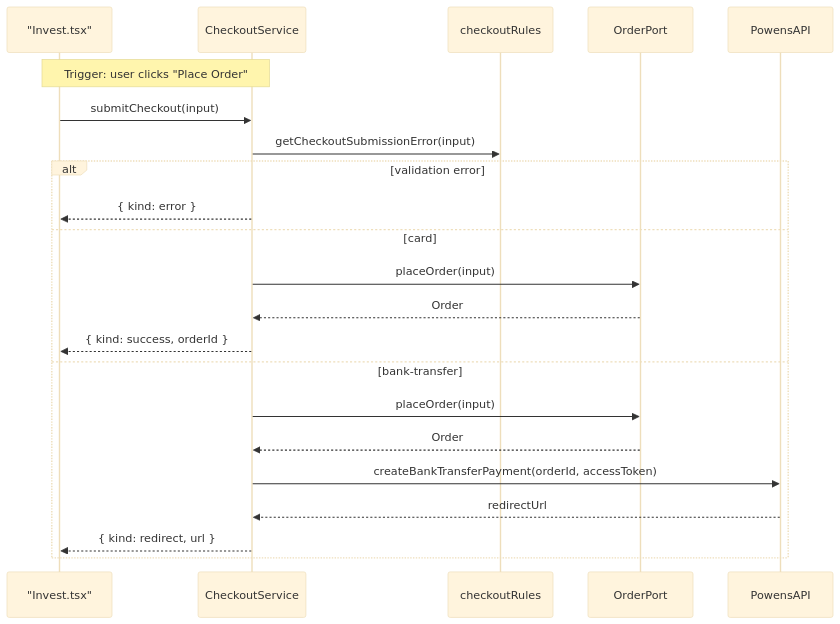
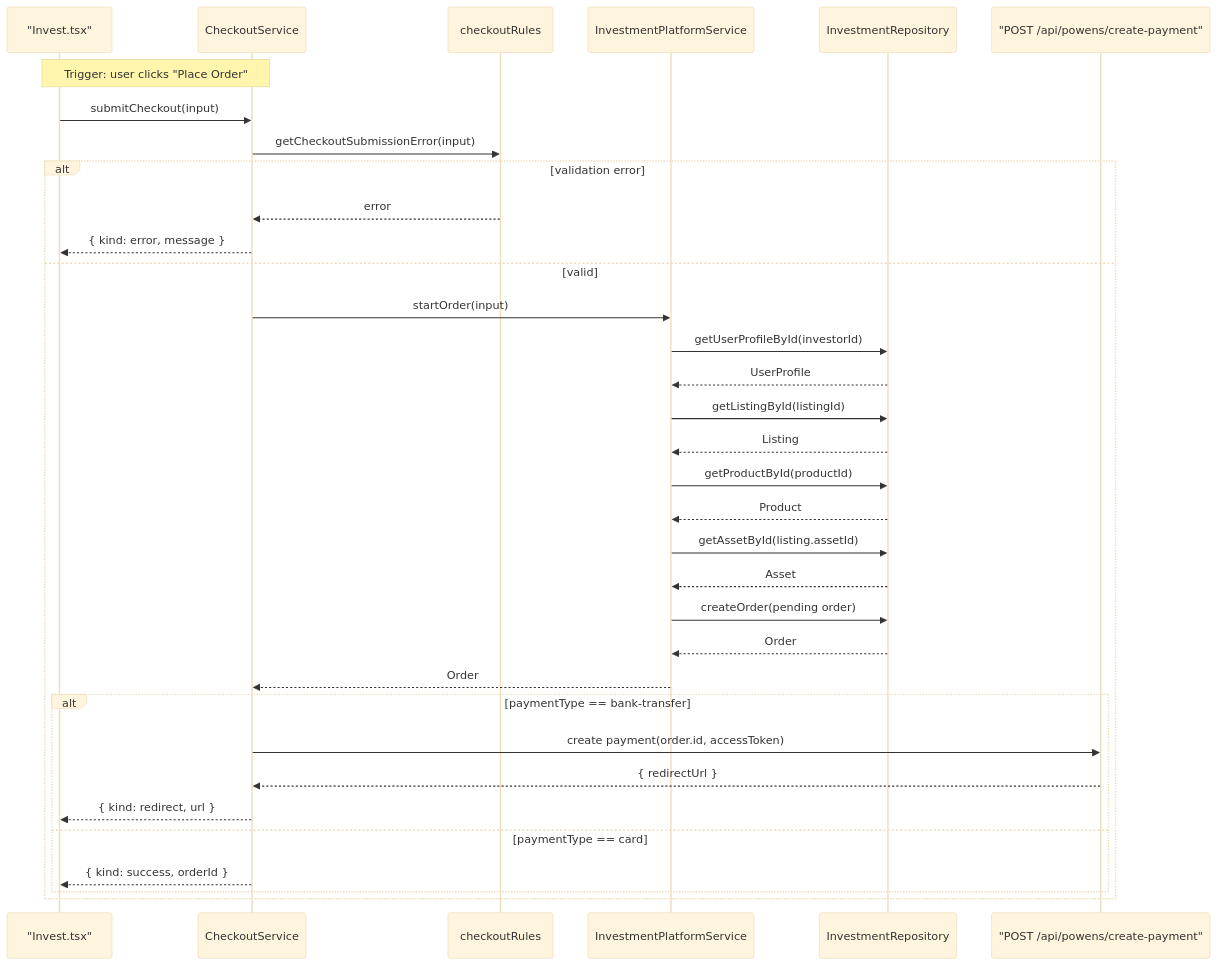
One commit to j4nos/cz changed the ninth of 31 diagrams in specs/13 - use cases sequence.md. Above: the diagram before and after it, drawn with Mermaid (base theme). The commit also changed other lines of this file and 5 other files, not shown here.

Commit message:
fix(flows): restore public listing reads and simplify checkout and minting

````diff
--- a/specs/13 - use cases sequence.md
+++ b/specs/13 - use cases sequence.md
@@ -141,25 +173,37 @@
 ```mermaid
 sequenceDiagram
   participant InvestPage as "Invest.tsx"
   participant CheckoutService
   participant checkoutRules
-  participant OrderPort
-  participant PowensAPI
+  participant InvestmentPlatformService
+  participant InvestmentRepository
+  participant PowensAPI as "POST /api/powens/create-payment"
 
   Note over InvestPage,CheckoutService: Trigger: user clicks "Place Order"
   InvestPage->>CheckoutService: submitCheckout(input)
   CheckoutService->>checkoutRules: getCheckoutSubmissionError(input)
   alt validation error
-    CheckoutService-->>InvestPage: { kind: error }
-  else card
-    CheckoutService->>OrderPort: placeOrder(input)
-    OrderPort-->>CheckoutService: Order
-    CheckoutService-->>InvestPage: { kind: success, orderId }
-  else bank-transfer
-    CheckoutService->>OrderPort: placeOrder(input)
-    OrderPort-->>CheckoutService: Order
-    CheckoutService->>PowensAPI: createBankTransferPayment(orderId, accessToken)
-    PowensAPI-->>CheckoutService: redirectUrl
-    CheckoutService-->>InvestPage: { kind: redirect, url }
+    checkoutRules-->>CheckoutService: error
+    CheckoutService-->>InvestPage: { kind: error, message }
+  else valid
+    CheckoutService->>InvestmentPlatformService: startOrder(input)
+    InvestmentPlatformService->>InvestmentRepository: getUserProfileById(investorId)
+    InvestmentRepository-->>InvestmentPlatformService: UserProfile
+    InvestmentPlatformService->>InvestmentRepository: getListingById(listingId)
+    InvestmentRepository-->>InvestmentPlatformService: Listing
+    InvestmentPlatformService->>InvestmentRepository: getProductById(productId)
+    InvestmentRepository-->>InvestmentPlatformService: Product
+    InvestmentPlatformService->>InvestmentRepository: getAssetById(listing.assetId)
+    InvestmentRepository-->>InvestmentPlatformService: Asset
+    InvestmentPlatformService->>InvestmentRepository: createOrder(pending order)
+    InvestmentRepository-->>InvestmentPlatformService: Order
+    InvestmentPlatformService-->>CheckoutService: Order
+    alt paymentType == bank-transfer
+      CheckoutService->>PowensAPI: create payment(order.id, accessToken)
+      PowensAPI-->>CheckoutService: { redirectUrl }
+      CheckoutService-->>InvestPage: { kind: redirect, url }
+    else paymentType == card
+      CheckoutService-->>InvestPage: { kind: success, orderId }
+    end
   end
 ```
````
